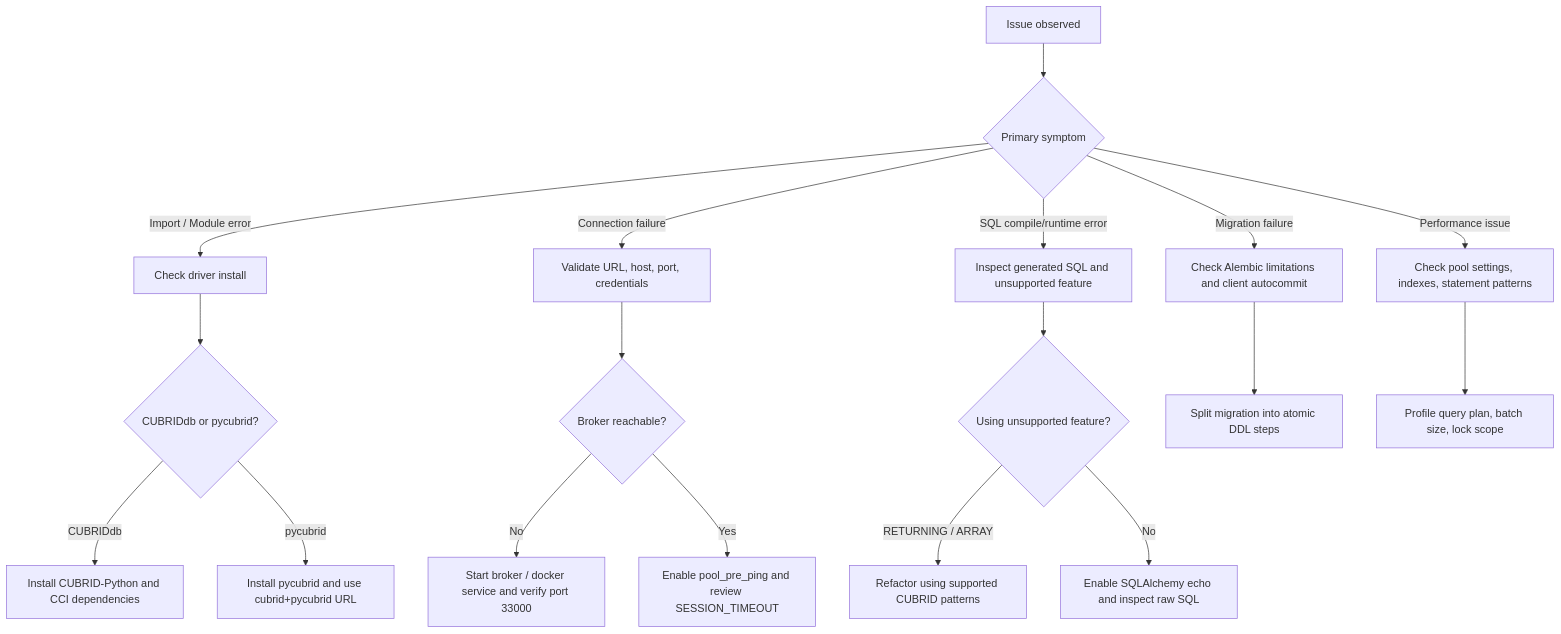
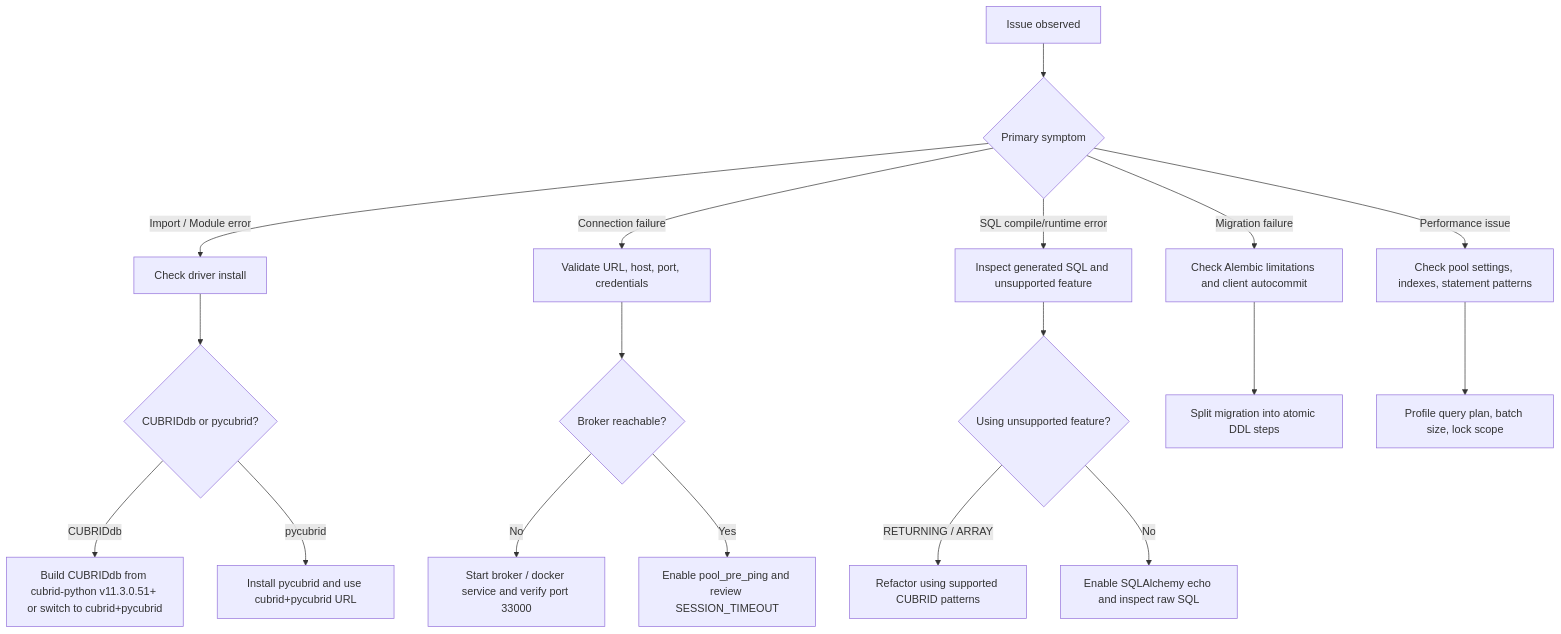
The diagram in docs/TROUBLESHOOTING.md (cubrid-lab/sqlalchemy-cubrid), drawn with Mermaid before and after one commit. The commit also changed 2 other files, not shown here.

Commit message:
docs: remove unsupported CUBRID-Python install advice
Fix troubleshooting decision flow to point to supported CUBRIDdb source builds or the recommended pure Python driver.

Closes #1083

````diff
--- a/docs/TROUBLESHOOTING.md
+++ b/docs/TROUBLESHOOTING.md
@@ -1356,24 +1356,24 @@
 ```mermaid
 flowchart TD
     start[Issue observed] --> kind{Primary symptom}
     kind -->|Import / Module error| install[Check driver install]
     kind -->|Connection failure| conn[Validate URL, host, port, credentials]
     kind -->|SQL compile/runtime error| sql[Inspect generated SQL and unsupported feature]
     kind -->|Migration failure| mig[Check Alembic limitations and client autocommit]
     kind -->|Performance issue| perf[Check pool settings, indexes, statement patterns]
 
     install --> i1{CUBRIDdb or pycubrid?}
-    i1 -->|CUBRIDdb| i2[Install CUBRID-Python and CCI dependencies]
+    i1 -->|CUBRIDdb| i2[Build CUBRIDdb from cubrid-python v11.3.0.51+ or switch to cubrid+pycubrid]
     i1 -->|pycubrid| i3[Install pycubrid and use cubrid+pycubrid URL]
 
     conn --> c1{Broker reachable?}
     c1 -->|No| c2[Start broker / docker service and verify port 33000]
     c1 -->|Yes| c3[Enable pool_pre_ping and review SESSION_TIMEOUT]
 
     sql --> s1{Using unsupported feature?}
     s1 -->|RETURNING / ARRAY| s2[Refactor using supported CUBRID patterns]
     s1 -->|No| s3[Enable SQLAlchemy echo and inspect raw SQL]
 
     mig --> m1[Split migration into atomic DDL steps]
     perf --> p1[Profile query plan, batch size, lock scope]
 ```
````
